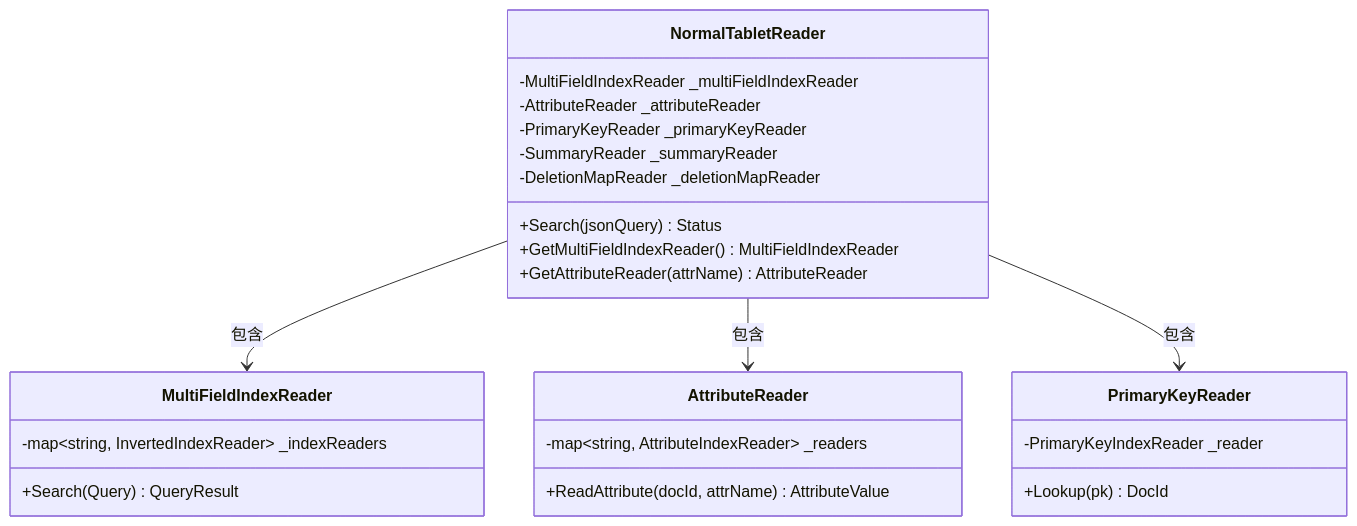
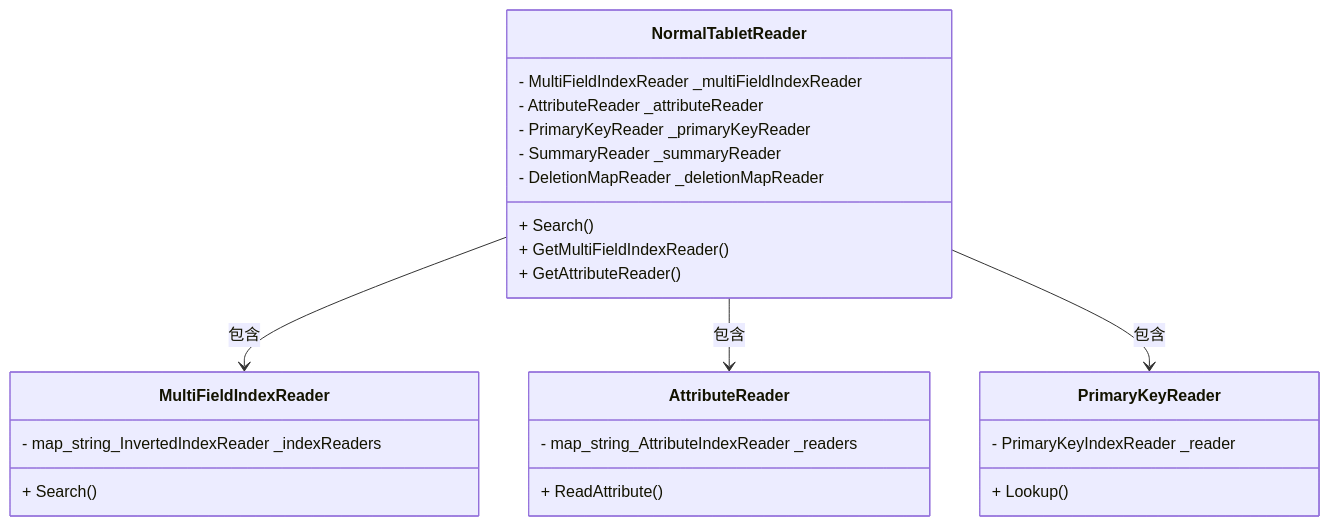
One commit to zhouzhilong-commits/zhouzhilong-commits.github.io changed the second of 3 diagrams in _posts/2025-07-14-indexlib-8-index-types.md. Above: the diagram before and after it, drawn with Mermaid. The commit also changed other lines of this file and 228 other files, not shown here.

````diff
--- a/_posts/2025-07-14-indexlib-8-index-types.md
+++ b/_posts/2025-07-14-indexlib-8-index-types.md
@@ -131,32 +131,32 @@
 ```mermaid
 classDiagram
     class NormalTabletReader {
-        -MultiFieldIndexReader _multiFieldIndexReader
-        -AttributeReader _attributeReader
-        -PrimaryKeyReader _primaryKeyReader
-        -SummaryReader _summaryReader
-        -DeletionMapReader _deletionMapReader
-        +Search(jsonQuery) Status
-        +GetMultiFieldIndexReader() MultiFieldIndexReader
-        +GetAttributeReader(attrName) AttributeReader
+        - MultiFieldIndexReader _multiFieldIndexReader
+        - AttributeReader _attributeReader
+        - PrimaryKeyReader _primaryKeyReader
+        - SummaryReader _summaryReader
+        - DeletionMapReader _deletionMapReader
+        + Search()
+        + GetMultiFieldIndexReader()
+        + GetAttributeReader()
     }
     
     class MultiFieldIndexReader {
-        -map~string, InvertedIndexReader~ _indexReaders
-        +Search(Query) QueryResult
+        - map_string_InvertedIndexReader _indexReaders
+        + Search()
     }
     
     class AttributeReader {
-        -map~string, AttributeIndexReader~ _readers
-        +ReadAttribute(docId, attrName) AttributeValue
+        - map_string_AttributeIndexReader _readers
+        + ReadAttribute()
     }
     
     class PrimaryKeyReader {
-        -PrimaryKeyIndexReader _reader
-        +Lookup(pk) DocId
+        - PrimaryKeyIndexReader _reader
+        + Lookup()
     }
     
     NormalTabletReader --> MultiFieldIndexReader : 包含
     NormalTabletReader --> AttributeReader : 包含
     NormalTabletReader --> PrimaryKeyReader : 包含
 ```
````
